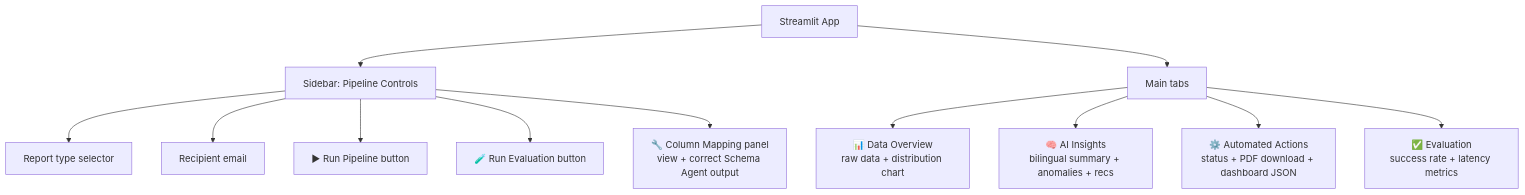
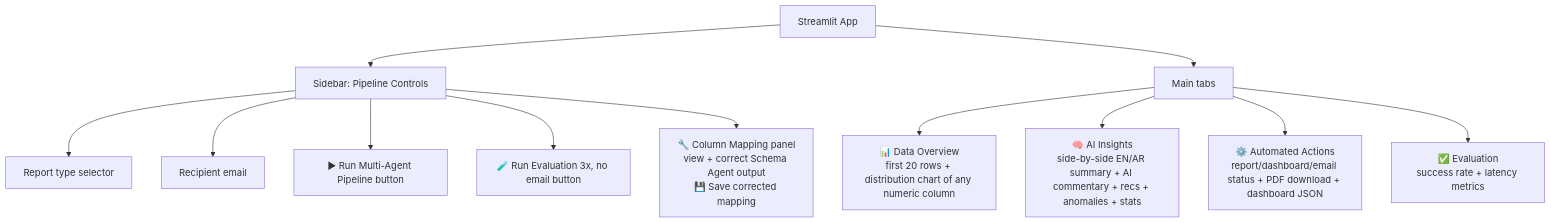
One commit to Worof/-GTA-V-Worldwide-Sales-Multi-Agent-AI-System changed the eighth of 9 diagrams in README.md. Above: the diagram before and after it, drawn with Mermaid. The commit also changed other lines of this file, not shown here.

````diff
--- a/README.md
+++ b/README.md
@@ -303,15 +334,15 @@
 ```mermaid
 flowchart TD
     APP[Streamlit App] --> SIDEBAR[Sidebar: Pipeline Controls]
     SIDEBAR --> SEL[Report type selector]
     SIDEBAR --> RCPT[Recipient email]
-    SIDEBAR --> RUN[▶ Run Pipeline button]
-    SIDEBAR --> EVAL[🧪 Run Evaluation button]
-    SIDEBAR --> MAP[🔧 Column Mapping panel<br/>view + correct Schema Agent output]
+    SIDEBAR --> RUN[▶ Run Multi-Agent Pipeline button]
+    SIDEBAR --> EVAL[🧪 Run Evaluation 3x, no email button]
+    SIDEBAR --> MAP[🔧 Column Mapping panel<br/>view + correct Schema Agent output<br/>💾 Save corrected mapping]
 
     APP --> TABS[Main tabs]
-    TABS --> T1[📊 Data Overview<br/>raw data + distribution chart]
-    TABS --> T2[🧠 AI Insights<br/>bilingual summary + anomalies + recs]
-    TABS --> T3[⚙️ Automated Actions<br/>status + PDF download + dashboard JSON]
+    TABS --> T1[📊 Data Overview<br/>first 20 rows + distribution chart of any numeric column]
+    TABS --> T2[🧠 AI Insights<br/>side-by-side EN/AR summary + AI commentary + recs + anomalies + stats]
+    TABS --> T3[⚙️ Automated Actions<br/>report/dashboard/email status + PDF download + dashboard JSON]
     TABS --> T4[✅ Evaluation<br/>success rate + latency metrics]
 ```
````
